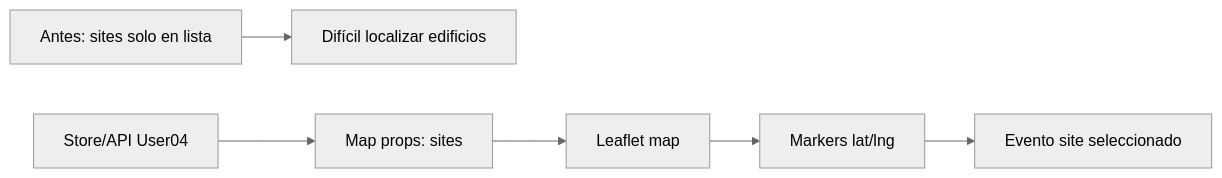
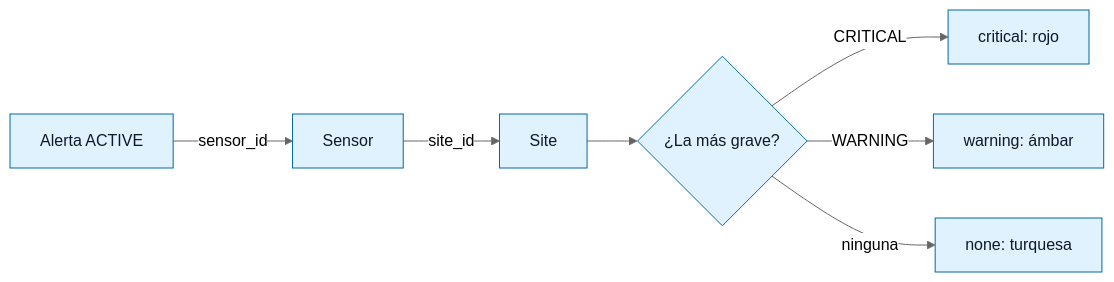
One commit to Anagamedina/ft_transcendence changed the second of 3 diagrams in docs/florinda/07-leaflet-map/03-diagrama.md. Above: the diagram before and after it, drawn with Mermaid (neutral theme). The commit also changed other lines of this file and 5 other files, not shown here.

````diff
--- a/docs/florinda/07-leaflet-map/03-diagrama.md
+++ b/docs/florinda/07-leaflet-map/03-diagrama.md
@@ -3,8 +18,11 @@
 ```mermaid
 flowchart LR
- A[Antes: sites solo en lista] --> B[Difícil localizar edificios]
- C[Store/API User04] --> D[Map props: sites]
- D --> E[Leaflet map]
- E --> F[Markers lat/lng]
-F --> G[Evento site seleccionado]
+ A["Alerta ACTIVE"] -- sensor_id --> B[Sensor]
+ B -- site_id --> C[Site]
+ C --> D{"¿La más grave?"}
+ D -- CRITICAL --> E[critical: rojo]
+ D -- WARNING --> F[warning: ámbar]
+ D -- ninguna --> G[none: turquesa]
+
+ classDef default fill:#e0f2fe,stroke:#0369a1,color:#0f172a
 ```
````
